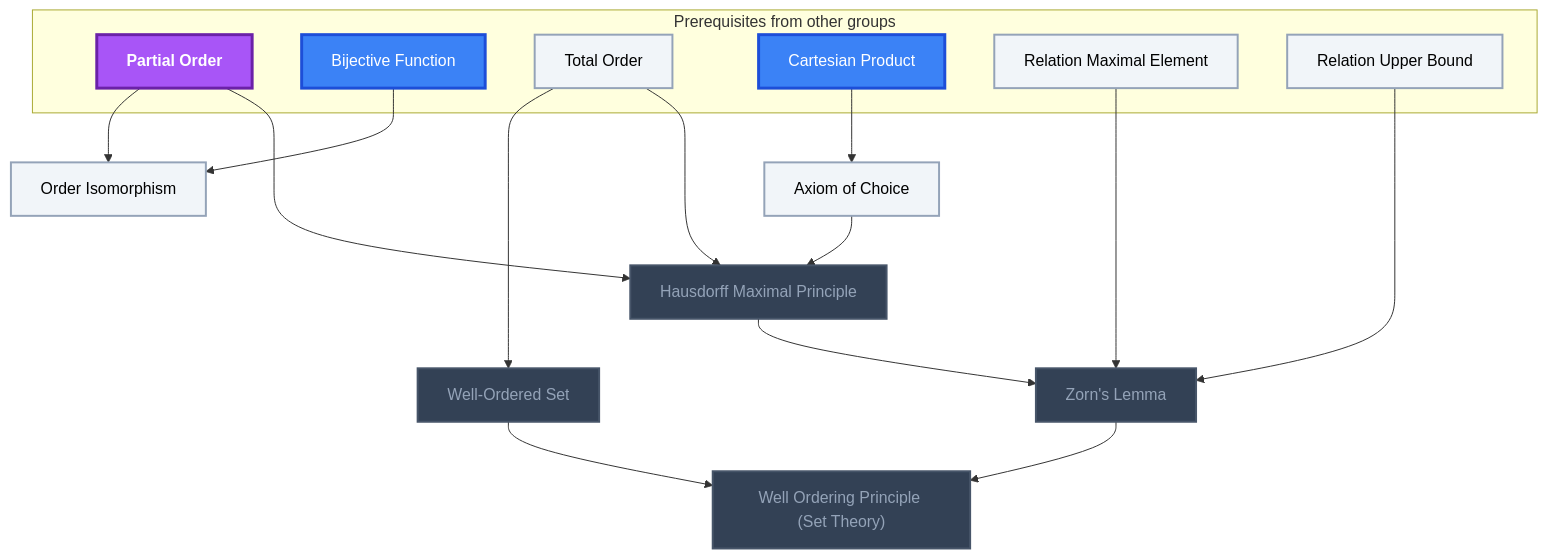
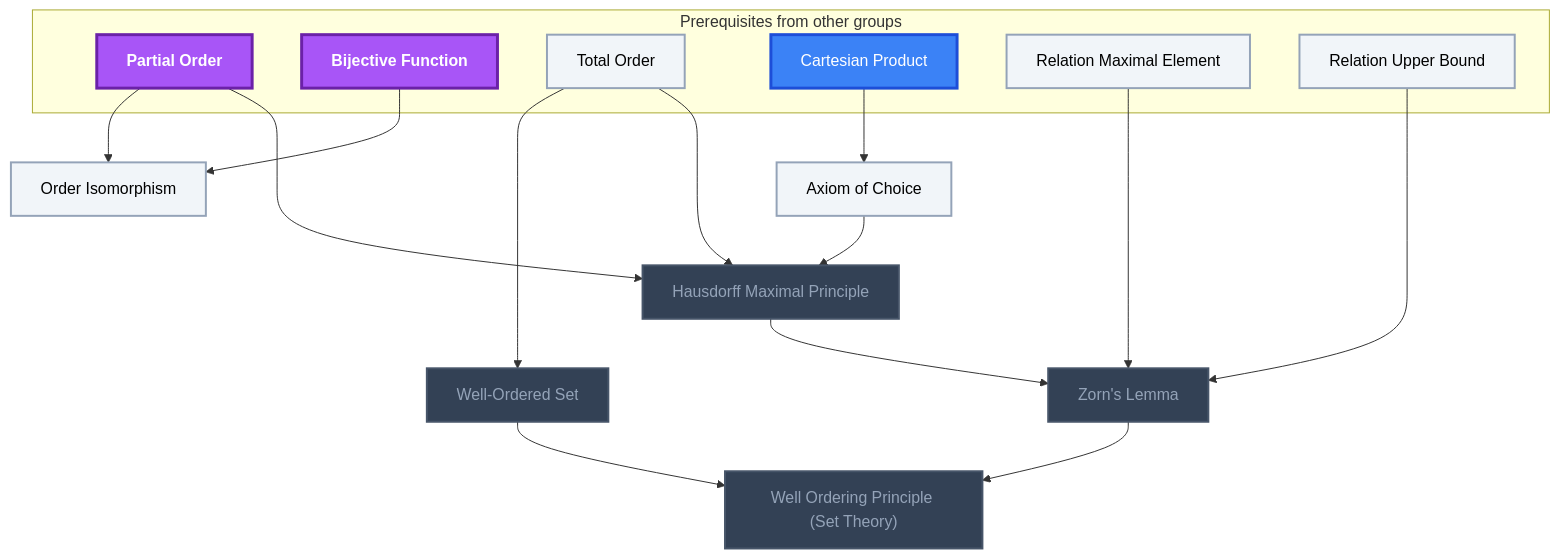
One commit to MRauf1/My-Notes changed the second of 13 diagrams in Gamification/Skill Trees/Measure Theory.md. Above: the diagram before and after it, drawn with Mermaid. The commit also changed other lines of this file and 57 other files, not shown here.

````diff
--- a/Gamification/Skill Trees/Measure Theory.md
+++ b/Gamification/Skill Trees/Measure Theory.md
@@ -40,43 +40,43 @@
 ```mermaid
 flowchart TD
     classDef planned fill:#1E293B,stroke:#64748B,stroke-width:2px,stroke-dasharray:5 5,color:#94A3B8;
     classDef locked fill:#334155,stroke:#475569,stroke-width:2px,color:#94A3B8;
     classDef L0 fill:#F1F5F9,stroke:#94A3B8,stroke-width:2px,color:#000000;
     classDef L1 fill:#22C55E,stroke:#15803D,stroke-width:2px,color:#000000;
     classDef L2 fill:#3B82F6,stroke:#1D4ED8,stroke-width:3px,color:#FFFFFF;
     classDef L3 fill:#A855F7,stroke:#6B21A8,stroke-width:3px,color:#FFFFFF,font-weight:bold;
     classDef L4 fill:#F97316,stroke:#C2410C,stroke-width:4px,color:#000000,font-weight:bold;
     classDef L5 fill:#FFD700,stroke:#FF8C00,stroke-width:5px,color:#000000,font-weight:bold;
     classDef rusty stroke:#8B4513,stroke-width:4px,stroke-dasharray:3 3;
     subgraph sg_prereqs["Prerequisites from other groups"]
         n_partial_order["Partial Order"]
         n_bijective_function["Bijective Function"]
         n_total_order["Total Order"]
         n_cartesian_product["Cartesian Product"]
         n_relation_maximal_element["Relation Maximal Element"]
         n_relation_upper_bound["Relation Upper Bound"]
     end
     n_order_isomorphism["Order Isomorphism"]
     n_well_ordered_set["Well-Ordered Set"]
     n_axiom_of_choice["Axiom of Choice"]
     n_hausdorff_maximal_principle["Hausdorff Maximal Principle"]
     n_zorn_s_lemma["Zorn's Lemma"]
     n_well_ordering_principle_set_theory["Well Ordering Principle (Set Theory)"]
     n_partial_order --> n_order_isomorphism
     n_bijective_function --> n_order_isomorphism
     n_total_order --> n_well_ordered_set
     n_cartesian_product --> n_axiom_of_choice
     n_axiom_of_choice --> n_hausdorff_maximal_principle
     n_partial_order --> n_hausdorff_maximal_principle
     n_total_order --> n_hausdorff_maximal_principle
     n_hausdorff_maximal_principle --> n_zorn_s_lemma
     n_relation_maximal_element --> n_zorn_s_lemma
     n_relation_upper_bound --> n_zorn_s_lemma
     n_zorn_s_lemma --> n_well_ordering_principle_set_theory
     n_well_ordered_set --> n_well_ordering_principle_set_theory
     class n_well_ordered_set,n_hausdorff_maximal_principle,n_zorn_s_lemma,n_well_ordering_principle_set_theory locked;
     class n_total_order,n_relation_maximal_element,n_relation_upper_bound,n_order_isomorphism,n_axiom_of_choice L0;
-    class n_bijective_function,n_cartesian_product L2;
-    class n_partial_order L3;
+    class n_cartesian_product L2;
+    class n_partial_order,n_bijective_function L3;
     class n_partial_order,n_bijective_function,n_total_order,n_cartesian_product,n_relation_maximal_element,n_relation_upper_bound,n_order_isomorphism,n_well_ordered_set,n_axiom_of_choice,n_hausdorff_maximal_principle,n_zorn_s_lemma,n_well_ordering_principle_set_theory internal-link;
 ```
````
